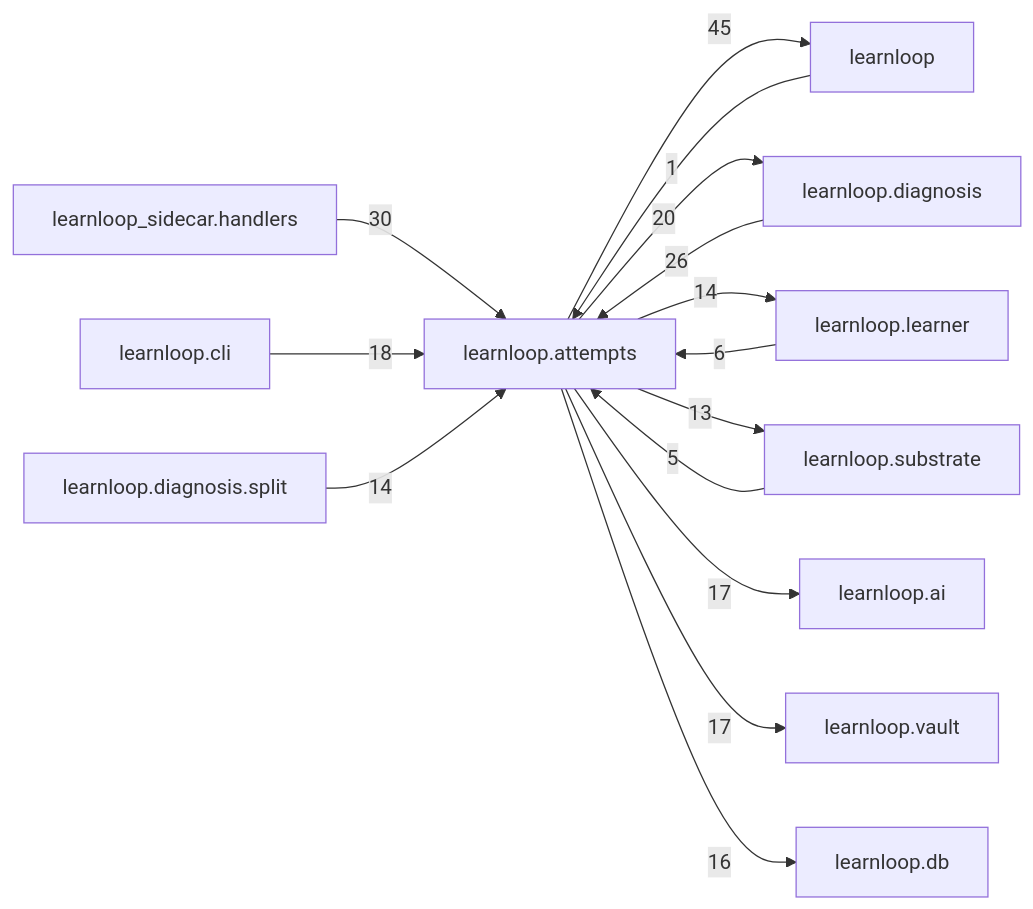
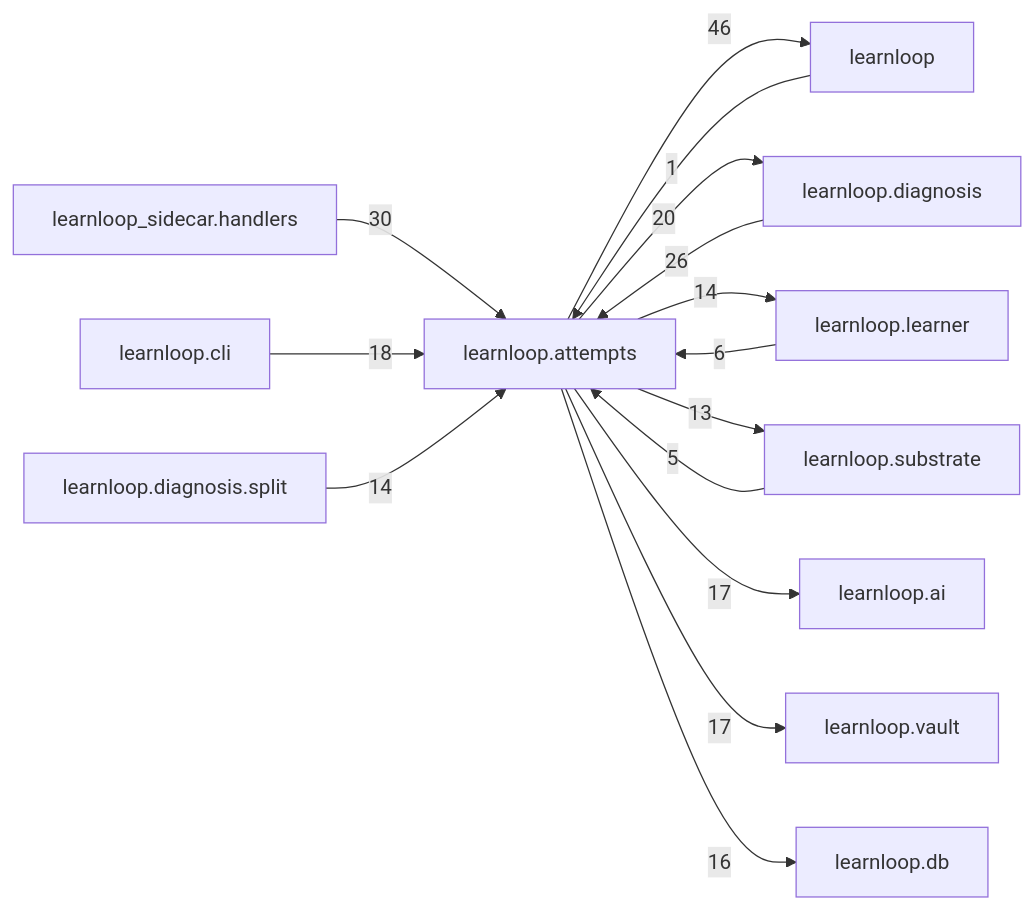
The diagram in docs/learnloop-architecture-vault/Reference/Modules/learnloop/attempts/_package.md (6up-b/learnanything), drawn with Mermaid before and after one commit. The commit also changed other lines of this file and 62 other files, not shown here.

````diff
--- a/docs/learnloop-architecture-vault/Reference/Modules/learnloop/attempts/_package.md
+++ b/docs/learnloop-architecture-vault/Reference/Modules/learnloop/attempts/_package.md
@@ -169,28 +169,28 @@
 ```mermaid
 flowchart LR
     center["learnloop.attempts"]
     n_learnloop["learnloop"]
     n_learnloop_diagnosis["learnloop.diagnosis"]
     n_learnloop_sidecar_handlers["learnloop_sidecar.handlers"]
     n_learnloop_learner["learnloop.learner"]
     n_learnloop_cli["learnloop.cli"]
     n_learnloop_substrate["learnloop.substrate"]
     n_learnloop_ai["learnloop.ai"]
     n_learnloop_vault["learnloop.vault"]
     n_learnloop_db["learnloop.db"]
     n_learnloop_diagnosis_split["learnloop.diagnosis.split"]
     n_learnloop -->|1| center
-    center -->|45| n_learnloop
+    center -->|46| n_learnloop
     n_learnloop_diagnosis -->|26| center
     center -->|20| n_learnloop_diagnosis
     n_learnloop_sidecar_handlers -->|30| center
     n_learnloop_learner -->|6| center
     center -->|14| n_learnloop_learner
     n_learnloop_cli -->|18| center
     n_learnloop_substrate -->|5| center
     center -->|13| n_learnloop_substrate
     center -->|17| n_learnloop_ai
     center -->|17| n_learnloop_vault
     center -->|16| n_learnloop_db
     n_learnloop_diagnosis_split -->|14| center
 ```
````
